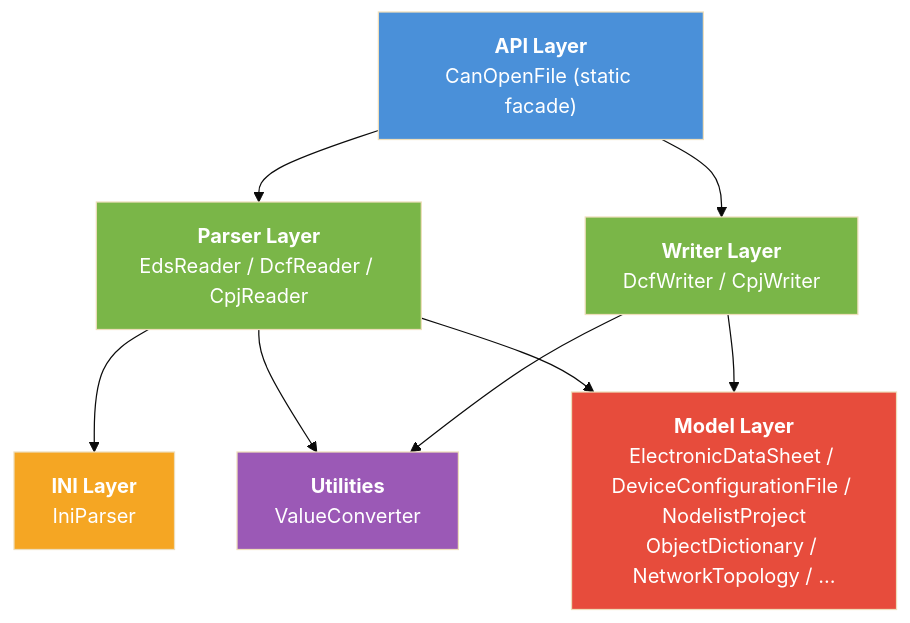
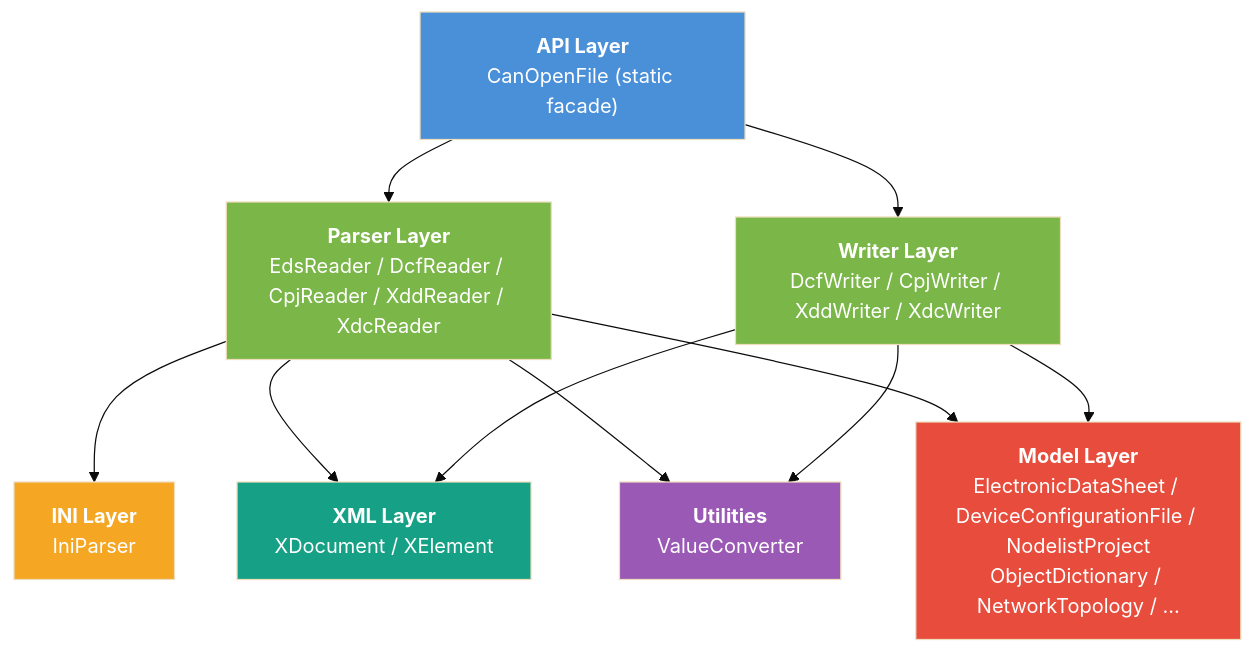
One commit to dborgards/eds-dcf-net changed the diagram in docs/architecture/04-solution-strategy.md. Above: the diagram before and after it, drawn with Mermaid (base theme). The commit also changed other lines of this file and 14 other files, not shown here.

Commit message:
docs: align readme and architecture with current format support (#65)

````diff
--- a/docs/architecture/04-solution-strategy.md
+++ b/docs/architecture/04-solution-strategy.md
@@ -19,19 +20,22 @@
 ```mermaid
 graph TD
     A["<b>API Layer</b><br/>CanOpenFile (static facade)"] --> B
     A --> D
-    B["<b>Parser Layer</b><br/>EdsReader / DcfReader / CpjReader"] --> C
+    B["<b>Parser Layer</b><br/>EdsReader / DcfReader / CpjReader / XddReader / XdcReader"] --> C
     C["<b>INI Layer</b><br/>IniParser"]
-    D["<b>Writer Layer</b><br/>DcfWriter / CpjWriter"]
+    B --> G["<b>XML Layer</b><br/>XDocument / XElement"]
+    D["<b>Writer Layer</b><br/>DcfWriter / CpjWriter / XddWriter / XdcWriter"]
+    D --> G
     B --> E["<b>Utilities</b><br/>ValueConverter"]
     D --> E
     B --> F["<b>Model Layer</b><br/>ElectronicDataSheet / DeviceConfigurationFile / NodelistProject<br/>ObjectDictionary / NetworkTopology / ..."]
     D --> F
 
     style A fill:#4A90D9,color:#fff
     style B fill:#7AB648,color:#fff
     style C fill:#F5A623,color:#fff
     style D fill:#7AB648,color:#fff
     style E fill:#9B59B6,color:#fff
     style F fill:#E74C3C,color:#fff
+    style G fill:#16A085,color:#fff
 ```
````
